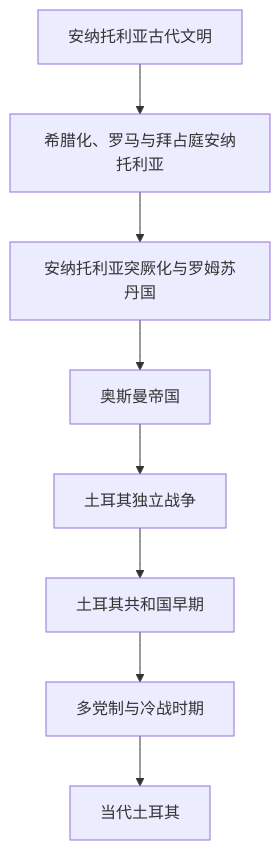
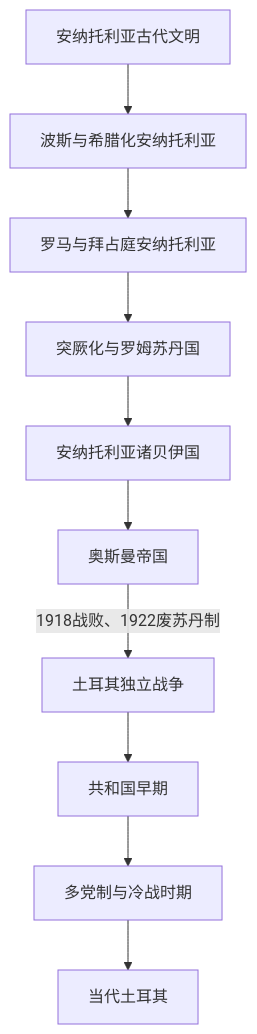
The diagram in 人文科学/历史/西亚/土耳其/README.md (tianlan-dev/learning-notes), drawn with Mermaid before and after one commit. The commit also changed other lines of this file and 1417 other files, not shown here.

````diff
--- a/人文科学/历史/西亚/土耳其/README.md
+++ b/人文科学/历史/西亚/土耳其/README.md
@@ -20,10 +13,12 @@
 ```mermaid
 flowchart TD
-    Ancient["安纳托利亚古代文明"] --> GrecoRoman["希腊化、罗马与拜占庭安纳托利亚"]
-    GrecoRoman --> Turkification["安纳托利亚突厥化与罗姆苏丹国"]
-    Turkification --> Ottoman["奥斯曼帝国"]
-    Ottoman --> Independence["土耳其独立战争"]
-    Independence --> RepublicEarly["土耳其共和国早期"]
-    RepublicEarly --> ColdWar["多党制与冷战时期"]
-    ColdWar --> Contemporary["当代土耳其"]
+    Ancient["安纳托利亚古代文明"] --> PersianHellenistic["波斯与希腊化安纳托利亚"]
+    PersianHellenistic --> RomanByzantine["罗马与拜占庭安纳托利亚"]
+    RomanByzantine --> Seljuk["突厥化与罗姆苏丹国"]
+    Seljuk --> Beyliks["安纳托利亚诸贝伊国"]
+    Beyliks --> Ottoman["奥斯曼帝国"]
+    Ottoman -->|1918战败、1922废苏丹制| Independence["土耳其独立战争"]
+    Independence --> EarlyRepublic["共和国早期"]
+    EarlyRepublic --> Multiparty["多党制与冷战时期"]
+    Multiparty --> Contemporary["当代土耳其"]
 ```
````
